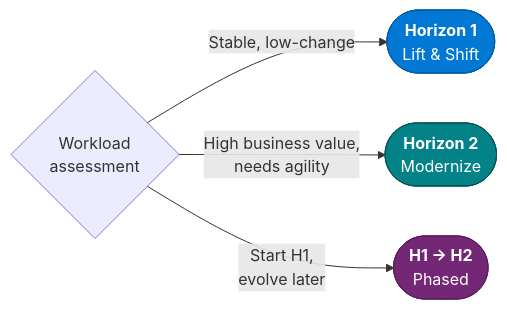
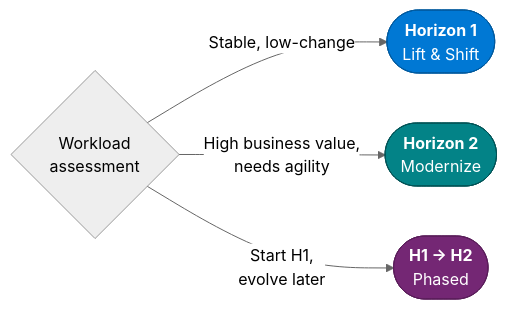
One commit to jonathan-vella/dc2fabric changed the second of 2 diagrams in site/src/content/docs/horizons/index.md. Above: the diagram before and after it, drawn with Mermaid. The commit also changed other lines of this file and 23 other files, not shown here.

````diff
--- a/site/src/content/docs/horizons/index.md
+++ b/site/src/content/docs/horizons/index.md
@@ -86,10 +87,11 @@
 ```mermaid
+%%{init: {'theme':'neutral'}}%%
 graph LR
   classDef h1     fill:#0078d4,stroke:#005a9e,color:#fff
   classDef h2     fill:#038387,stroke:#025356,color:#fff
   classDef phased fill:#742774,stroke:#5a1e5a,color:#fff
   A{"Workload<br/>assessment"}
   A -->|"Stable, low-change"| H1(["<b>Horizon 1</b><br/>Lift & Shift"]):::h1
   A -->|"High business value,<br/>needs agility"| H2(["<b>Horizon 2</b><br/>Modernize"]):::h2
   A -->|"Start H1,<br/>evolve later"| BOTH(["<b>H1 → H2</b><br/>Phased"]):::phased
 ```
````
